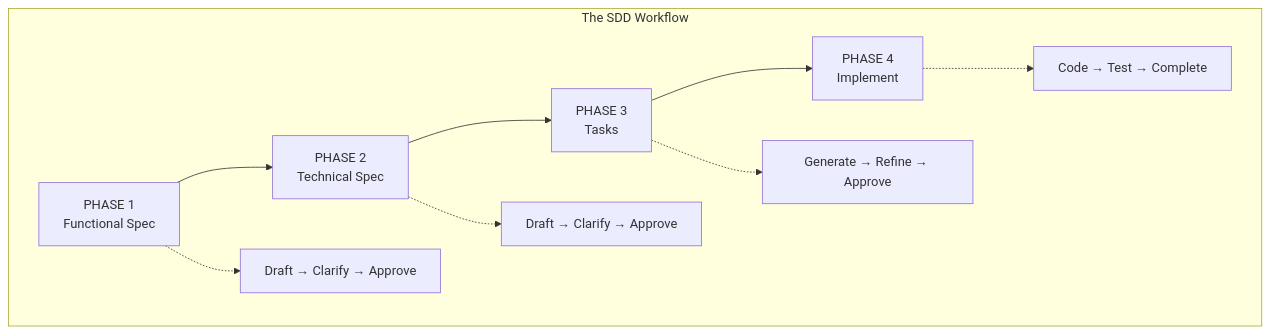
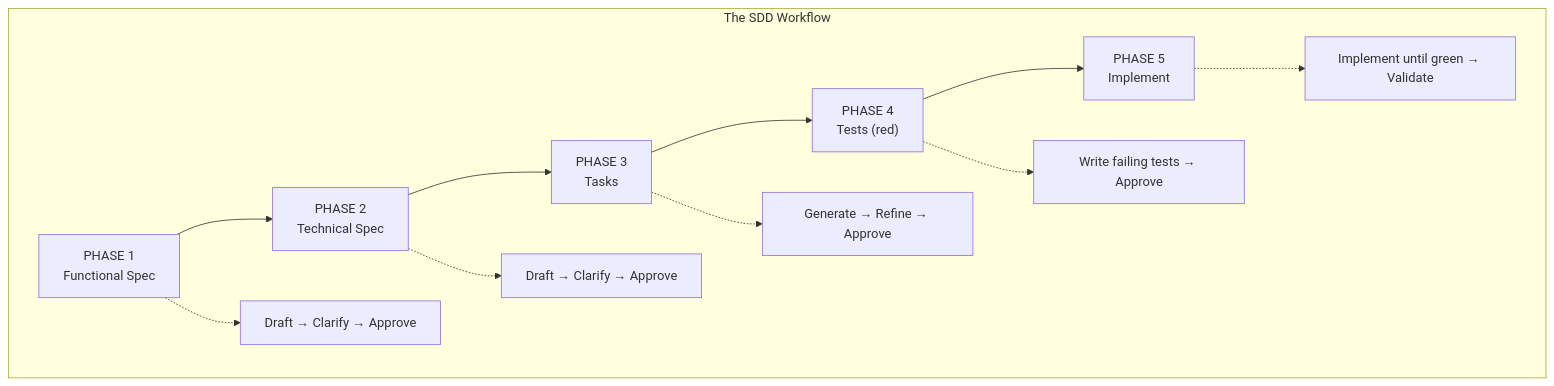
Before and after one commit to danilo-sf-dev/development-agents: the diagram in framework/TUTORIAL.md, drawn with Mermaid. The commit also changed other lines of this file and 137 other files, not shown here.

````diff
--- a/framework/TUTORIAL.md
+++ b/framework/TUTORIAL.md
@@ -23,22 +25,25 @@
 ```mermaid
 graph LR
     subgraph Workflow["The SDD Workflow"]
         direction LR
         P1["PHASE 1<br/>Functional Spec"]
         P2["PHASE 2<br/>Technical Spec"]
         P3["PHASE 3<br/>Tasks"]
-        P4["PHASE 4<br/>Implement"]
+        P4["PHASE 4<br/>Tests (red)"]
+        P5["PHASE 5<br/>Implement"]
 
-        P1 --> P2 --> P3 --> P4
+        P1 --> P2 --> P3 --> P4 --> P5
 
         P1A["Draft → Clarify → Approve"]
         P2A["Draft → Clarify → Approve"]
         P3A["Generate → Refine → Approve"]
-        P4A["Code → Test → Complete"]
+        P4A["Write failing tests → Approve"]
+        P5A["Implement until green → Validate"]
 
         P1 -.-> P1A
         P2 -.-> P2A
         P3 -.-> P3A
         P4 -.-> P4A
+        P5 -.-> P5A
     end
 ```
````
